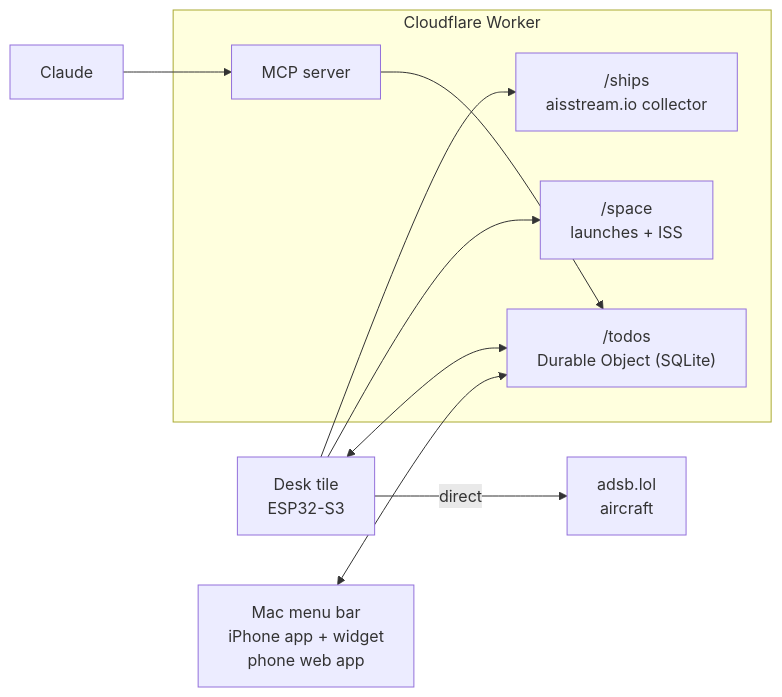
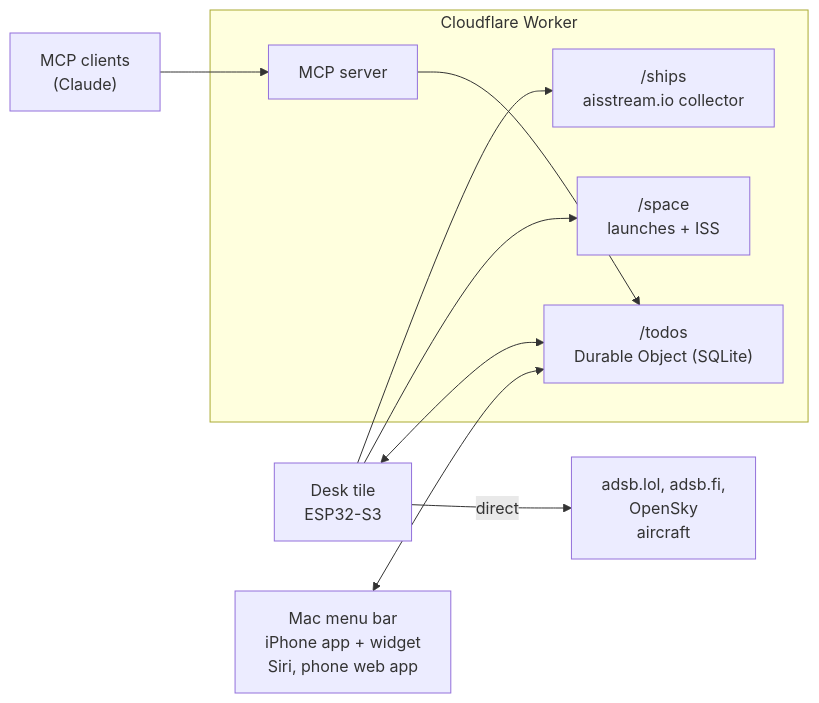
The diagram in README.md (Jamesborlands/desktile), drawn with Mermaid before and after one commit. The commit also changed other lines of this file and 3 other files, not shown here.

First line of the commit message:
Planes: fall back to adsb.fi and OpenSky; airports for every hotspot; HOME button

````diff
--- a/README.md
+++ b/README.md
@@ -63,20 +65,20 @@
 ```mermaid
 flowchart LR
   tile["Desk tile<br/>ESP32-S3"]
-  adsb["adsb.lol<br/>aircraft"]
+  adsb["adsb.lol, adsb.fi,<br/>OpenSky<br/>aircraft"]
   subgraph cf ["Cloudflare Worker"]
     ships["/ships<br/>aisstream.io collector"]
     space["/space<br/>launches + ISS"]
     todos["/todos<br/>Durable Object (SQLite)"]
     mcp["MCP server"]
   end
-  claude["Claude"]
-  clients["Mac menu bar<br/>iPhone app + widget<br/>phone web app"]
+  claude["MCP clients<br/>(Claude)"]
+  clients["Mac menu bar<br/>iPhone app + widget<br/>Siri, phone web app"]
 
   tile -- "direct" --> adsb
   tile --> ships
   tile --> space
   tile <--> todos
   claude --> mcp --> todos
   clients <--> todos
 ```
````
